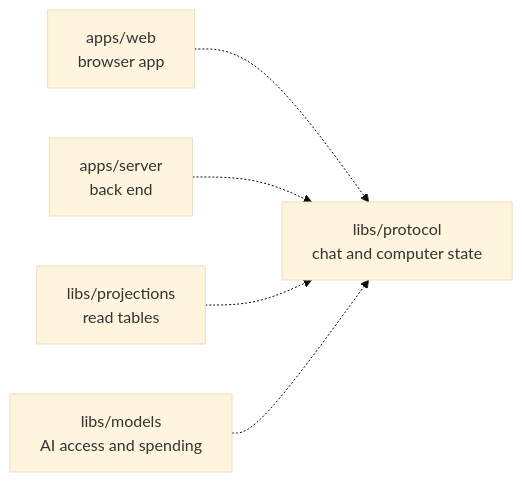
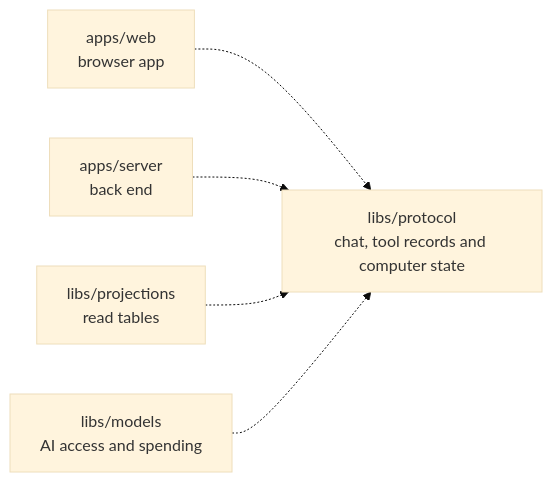
The diagram in libs/protocol/README.md (elewa-git/opencrane-new), drawn with Mermaid (base theme) before and after one commit. The commit also changed other lines of this file and 31 other files, not shown here.

````diff
--- a/libs/protocol/README.md
+++ b/libs/protocol/README.md
@@ -11,7 +11,7 @@
 ```mermaid
 flowchart LR
-  web["apps/web<br/>browser app"] -.-> protocol["libs/protocol<br/>chat and computer state"]
+  web["apps/web<br/>browser app"] -.-> protocol["libs/protocol<br/>chat, tool records and computer state"]
   server["apps/server<br/>back end"] -.-> protocol
   projections["libs/projections<br/>read tables"] -.-> protocol
   models["libs/models<br/>AI access and spending"] -.-> protocol
 ```
````
